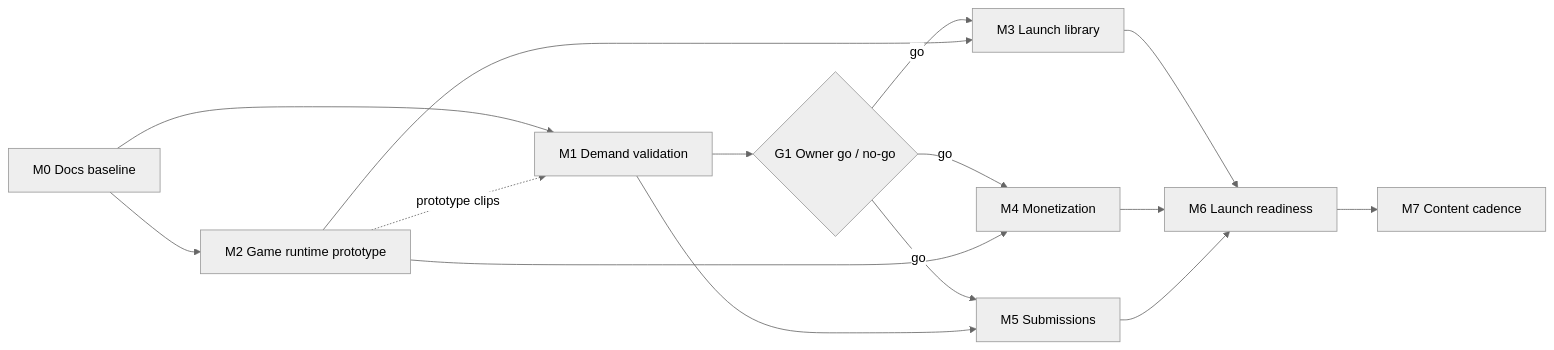
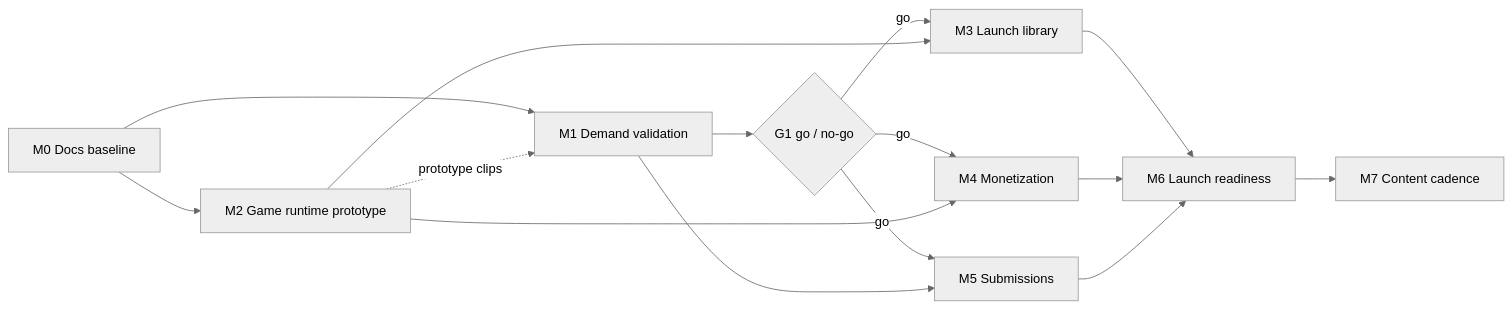
One commit to Digifender-LLC/itsthatgame changed the diagram in docs/ROADMAP.md. Above: the diagram before and after it, drawn with Mermaid (neutral theme). The commit also changed other lines of this file and 8 other files, not shown here.

````diff
--- a/docs/ROADMAP.md
+++ b/docs/ROADMAP.md
@@ -152,17 +152,17 @@
 ```mermaid
 flowchart LR
   M0[M0 Docs baseline] --> M1[M1 Demand validation]
   M0 --> M2[M2 Game runtime prototype]
   M2 -. prototype clips .-> M1
-  M1 --> G1{G1 Owner go / no-go}
+  M1 --> G1{G1 go / no-go}
   G1 -->|go| M3[M3 Launch library]
   G1 -->|go| M4[M4 Monetization]
   G1 -->|go| M5[M5 Submissions]
   M2 --> M3
   M2 --> M4
   M1 --> M5
   M3 --> M6[M6 Launch readiness]
   M4 --> M6
   M5 --> M6
   M6 --> M7[M7 Content cadence]
 ```
````
